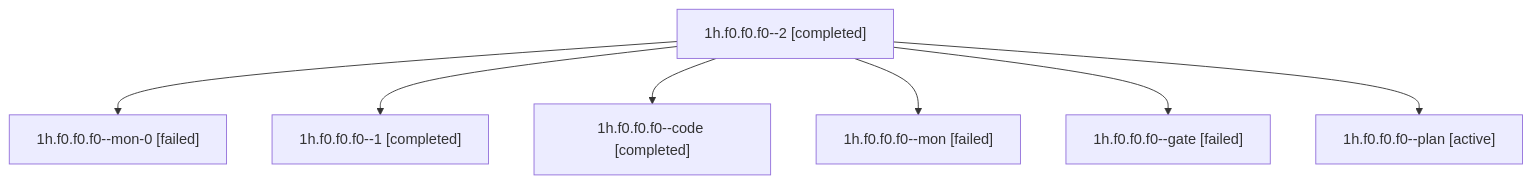
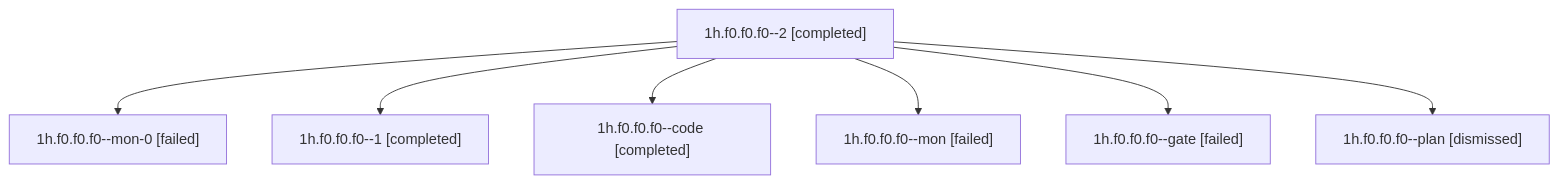
One commit to sase-org/sase--agents changed the diagram in sessions/bbugyi200.apollo.1h.f0.f0.f0.md. Above: the diagram before and after it, drawn with Mermaid. The commit also changed other lines of this file and 60 other files, not shown here.

````diff
--- a/sessions/bbugyi200.apollo.1h.f0.f0.f0.md
+++ b/sessions/bbugyi200.apollo.1h.f0.f0.f0.md
@@ -9,16 +9,16 @@
 ```mermaid
 flowchart TD
   n0["1h.f0.f0.f0--2 [completed]"]
   n1["1h.f0.f0.f0--mon-0 [failed]"]
   n0 --> n1
   n2["1h.f0.f0.f0--1 [completed]"]
   n0 --> n2
   n3["1h.f0.f0.f0--code [completed]"]
   n0 --> n3
   n4["1h.f0.f0.f0--mon [failed]"]
   n0 --> n4
   n5["1h.f0.f0.f0--gate [failed]"]
   n0 --> n5
-  n6["1h.f0.f0.f0--plan [active]"]
+  n6["1h.f0.f0.f0--plan [dismissed]"]
   n0 --> n6
 ```
````
